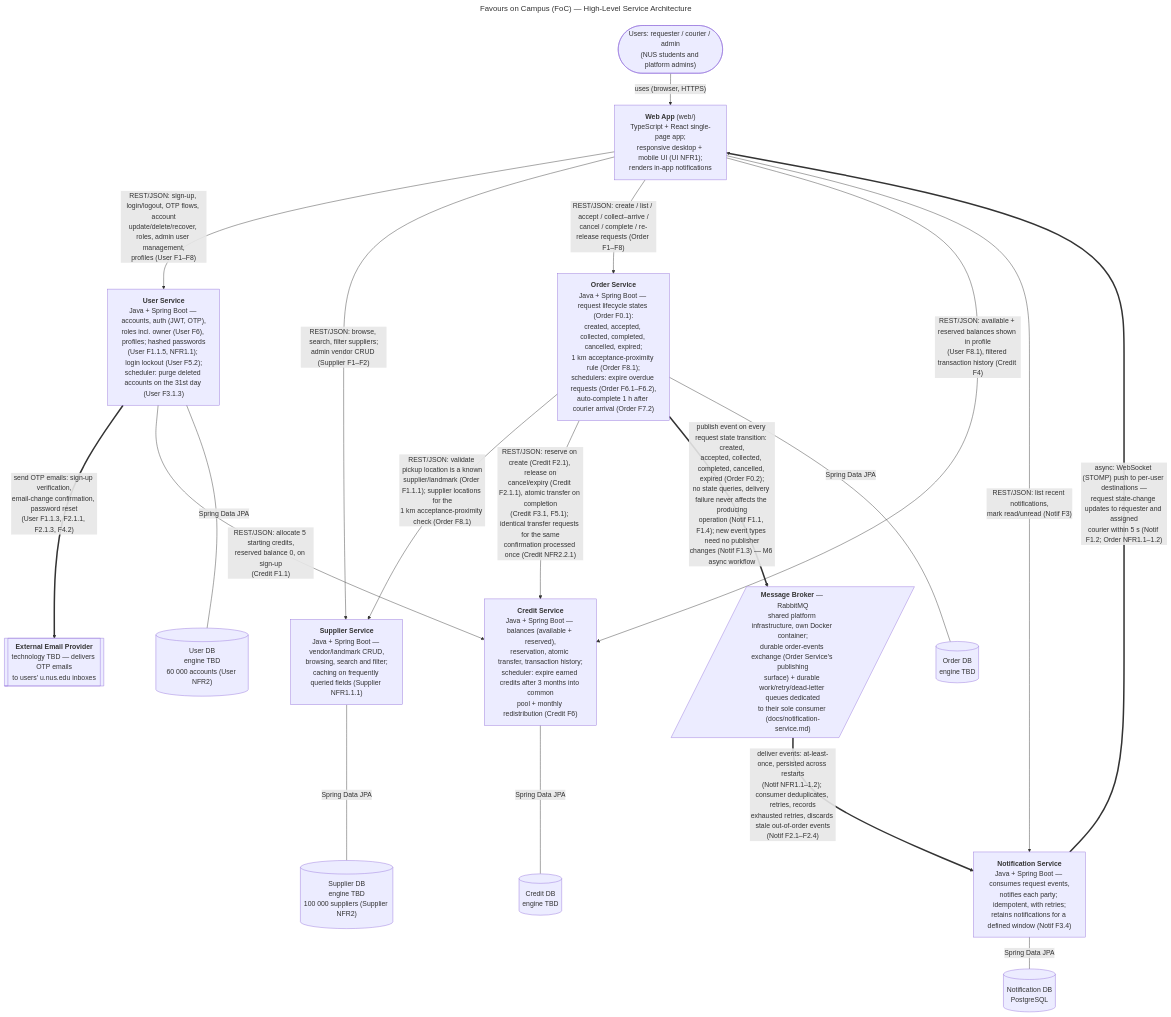
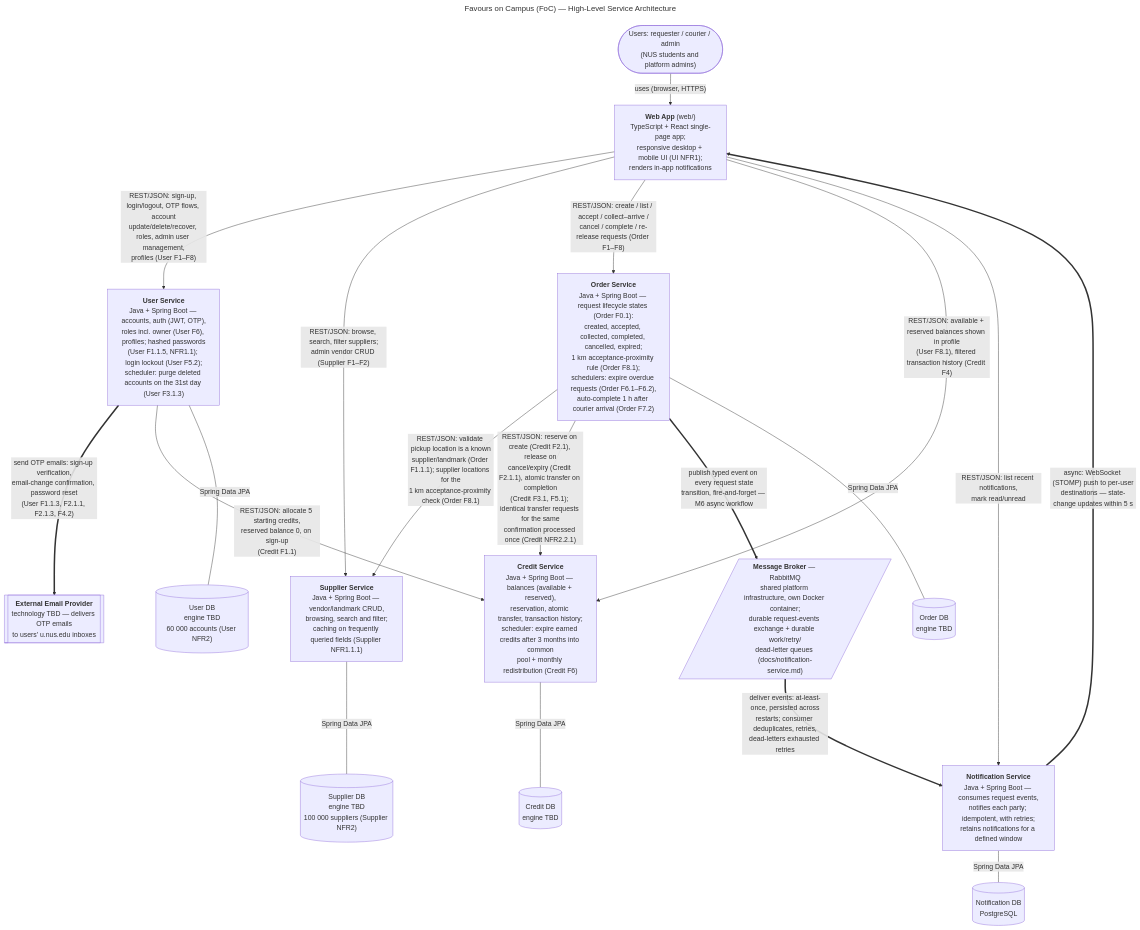
One commit to AY2627S1-CS3219-P23/foc changed the diagram in docs/architecture.mmd. Above: the diagram before and after it, drawn with Mermaid. The commit also changed 6 other files, not shown here.

```diff
--- a/docs/architecture.mmd
+++ b/docs/architecture.mmd
@@ -1,57 +1,51 @@
 ---
 title: "Favours on Campus (FoC) — High-Level Service Architecture"
 ---
 %% AI-assisted (CS3219 AI Usage Policy disclosure):
-%% Tool: Claude Code (Fable 5), 2026-09-14; revised 2026-09-15, 2026-09-18
-%% (backlog realignment, then folding in the team's notification-design
-%% decisions: RabbitMQ broker, WebSocket/STOMP client push, PostgreSQL
-%% notification DB — decided by Leong Wei Zhi, 2026-09-15/18, per
-%% docs/notification-service.md).
+%% Tool: Claude Code (Fable 5), 2026-09-14 – 2026-09-21.
 %% Scope: transcribed the team-decided architecture (AGENTS.md service
-%% boundaries + D1 requirements) into this diagram, and re-aligned edge
-%% labels/relationships with the latest D1 backlog (Template-7): chat and
-%% admin credit adjustment moved to nice-to-haves (out of diagram scope),
-%% Order F0/F8 renumbering, Credit F6 redistribution, Supplier caching.
-%% No design decisions were made by the tool; open decisions are marked
-%% "TBD" for the team.
+%% boundaries + D1 requirements) into this diagram and kept it aligned
+%% with the backlog and the team's design decisions (recorded in
+%% docs/architecture.md and docs/notification-service.md). No design
+%% decisions were made by the tool; open decisions are marked "TBD".
 %% Reviewed by: Leong Wei Zhi (via pull request).
 %% Legend and dependency table: see docs/architecture.md
 flowchart TB
     USERS(["Users: requester / courier / admin<br/>(NUS students and platform admins)"])
     WEB["<b>Web App</b> (web/)<br/>TypeScript + React single-page app;<br/>responsive desktop + mobile UI (UI NFR1);<br/>renders in-app notifications"]
 
     USERS -->|"uses (browser, HTTPS)"| WEB
 
     USER_SVC["<b>User Service</b><br/>Java + Spring Boot — accounts, auth (JWT, OTP),<br/>roles incl. owner (User F6), profiles; hashed passwords<br/>(User F1.1.5, NFR1.1); login lockout (User F5.2);<br/>scheduler: purge deleted accounts on the 31st day (User F3.1.3)"]
     SUP_SVC["<b>Supplier Service</b><br/>Java + Spring Boot — vendor/landmark CRUD,<br/>browsing, search and filter;<br/>caching on frequently queried fields (Supplier NFR1.1.1)"]
     ORDER_SVC["<b>Order Service</b><br/>Java + Spring Boot — request lifecycle states (Order F0.1):<br/>created, accepted, collected, completed, cancelled, expired;<br/>1 km acceptance-proximity rule (Order F8.1);<br/>schedulers: expire overdue requests (Order F6.1–F6.2),<br/>auto-complete 1 h after courier arrival (Order F7.2)"]
     CREDIT_SVC["<b>Credit Service</b><br/>Java + Spring Boot — balances (available + reserved),<br/>reservation, atomic transfer, transaction history;<br/>scheduler: expire earned credits after 3 months into common<br/>pool + monthly redistribution (Credit F6)"]
-    NOTIF_SVC["<b>Notification Service</b><br/>Java + Spring Boot — consumes request events,<br/>notifies each party; idempotent, with retries;<br/>retains notifications for a defined window (Notif F3.4)"]
-    BROKER[/"<b>Message Broker</b> — RabbitMQ<br/>shared platform infrastructure, own Docker container;<br/>durable order-events exchange (Order Service's publishing<br/>surface) + durable work/retry/dead-letter queues dedicated<br/>to their sole consumer (docs/notification-service.md)"/]
+    NOTIF_SVC["<b>Notification Service</b><br/>Java + Spring Boot — consumes request events,<br/>notifies each party; idempotent, with retries;<br/>retains notifications for a defined window"]
+    BROKER[/"<b>Message Broker</b> — RabbitMQ<br/>shared platform infrastructure, own Docker container;<br/>durable request-events exchange + durable work/retry/<br/>dead-letter queues (docs/notification-service.md)"/]
     EMAIL[["<b>External Email Provider</b><br/>technology TBD — delivers OTP emails<br/>to users' u.nus.edu inboxes"]]
 
     WEB -->|"REST/JSON: sign-up, login/logout, OTP flows, account<br/>update/delete/recover, roles, admin user management,<br/>profiles (User F1–F8)"| USER_SVC
     WEB -->|"REST/JSON: browse, search, filter suppliers;<br/>admin vendor CRUD (Supplier F1–F2)"| SUP_SVC
     WEB -->|"REST/JSON: create / list / accept / collect–arrive /<br/>cancel / complete / re-release requests (Order F1–F8)"| ORDER_SVC
     WEB -->|"REST/JSON: available + reserved balances shown in profile<br/>(User F8.1), filtered transaction history (Credit F4)"| CREDIT_SVC
-    WEB -->|"REST/JSON: list recent notifications,<br/>mark read/unread (Notif F3)"| NOTIF_SVC
-    NOTIF_SVC ==>|"async: WebSocket (STOMP) push to per-user destinations —<br/>request state-change updates to requester and assigned<br/>courier within 5 s (Notif F1.2; Order NFR1.1–1.2)"| WEB
+    WEB -->|"REST/JSON: list recent notifications,<br/>mark read/unread"| NOTIF_SVC
+    NOTIF_SVC ==>|"async: WebSocket (STOMP) push to per-user<br/>destinations — state-change updates within 5 s"| WEB
 
     USER_SVC ==>|"send OTP emails: sign-up verification,<br/>email-change confirmation, password reset<br/>(User F1.1.3, F2.1.1, F2.1.3, F4.2)"| EMAIL
     USER_SVC -->|"REST/JSON: allocate 5 starting credits,<br/>reserved balance 0, on sign-up<br/>(Credit F1.1)"| CREDIT_SVC
     ORDER_SVC -->|"REST/JSON: validate pickup location is a known<br/>supplier/landmark (Order F1.1.1); supplier locations for the<br/>1 km acceptance-proximity check (Order F8.1)"| SUP_SVC
     ORDER_SVC -->|"REST/JSON: reserve on create (Credit F2.1), release on<br/>cancel/expiry (Credit F2.1.1), atomic transfer on completion<br/>(Credit F3.1, F5.1); identical transfer requests for the same<br/>confirmation processed once (Credit NFR2.2.1)"| CREDIT_SVC
-    ORDER_SVC ==>|"publish event on every request state transition: created,<br/>accepted, collected, completed, cancelled, expired (Order F0.2);<br/>no state queries, delivery failure never affects the producing<br/>operation (Notif F1.1, F1.4); new event types need no publisher<br/>changes (Notif F1.3) — M6 async workflow"| BROKER
-    BROKER ==>|"deliver events: at-least-once, persisted across restarts<br/>(Notif NFR1.1–1.2); consumer deduplicates, retries, records<br/>exhausted retries, discards stale out-of-order events<br/>(Notif F2.1–F2.4)"| NOTIF_SVC
+    ORDER_SVC ==>|"publish typed event on every request state<br/>transition, fire-and-forget — M6 async workflow"| BROKER
+    BROKER ==>|"deliver events: at-least-once, persisted across<br/>restarts; consumer deduplicates, retries,<br/>dead-letters exhausted retries"| NOTIF_SVC
 
     USER_DB[("User DB<br/>engine TBD<br/>60 000 accounts (User NFR2)")]
     SUP_DB[("Supplier DB<br/>engine TBD<br/>100 000 suppliers (Supplier NFR2)")]
     ORDER_DB[("Order DB<br/>engine TBD")]
     CREDIT_DB[("Credit DB<br/>engine TBD")]
     NOTIF_DB[("Notification DB<br/>PostgreSQL")]
 
     USER_SVC ---|"Spring Data JPA"| USER_DB
     SUP_SVC ---|"Spring Data JPA"| SUP_DB
     ORDER_SVC ---|"Spring Data JPA"| ORDER_DB
     CREDIT_SVC ---|"Spring Data JPA"| CREDIT_DB
     NOTIF_SVC ---|"Spring Data JPA"| NOTIF_DB
```
